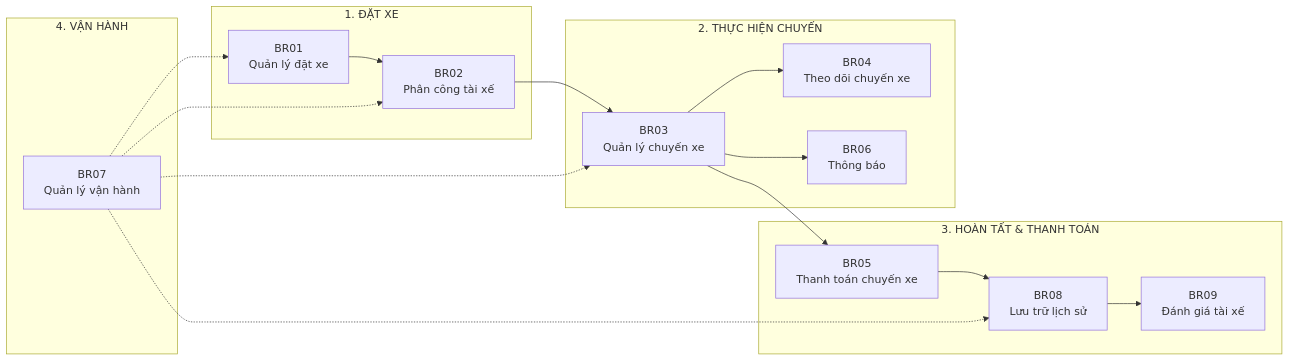
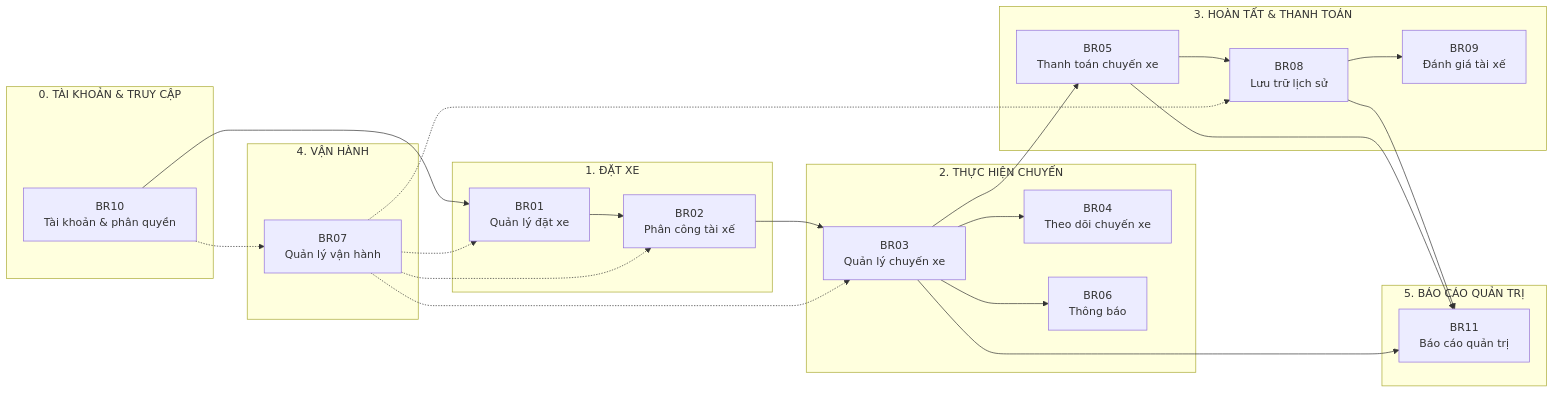
Before and after one commit to vthaix/23674231_TranVanThai_Cabsystem: the first of 4 diagrams in srs.md, drawn with Mermaid. The commit also changed other lines of this file, not shown here.

````diff
--- a/srs.md
+++ b/srs.md
@@ -105,36 +121,48 @@
 ```mermaid
 flowchart LR
+    subgraph Account["0. TÀI KHOẢN & TRUY CẬP"]
+        BR10["BR10<br/>Tài khoản & phân quyền"]
+    end
+
     subgraph Booking["1. ĐẶT XE"]
         BR01["BR01<br/>Quản lý đặt xe"]
         BR02["BR02<br/>Phân công tài xế"]
     end
 
     subgraph Trip["2. THỰC HIỆN CHUYẾN"]
         BR03["BR03<br/>Quản lý chuyến xe"]
         BR04["BR04<br/>Theo dõi chuyến xe"]
         BR06["BR06<br/>Thông báo"]
     end
 
     subgraph Payment["3. HOÀN TẤT & THANH TOÁN"]
         BR05["BR05<br/>Thanh toán chuyến xe"]
         BR08["BR08<br/>Lưu trữ lịch sử"]
         BR09["BR09<br/>Đánh giá tài xế"]
     end
 
     subgraph Operation["4. VẬN HÀNH"]
         BR07["BR07<br/>Quản lý vận hành"]
     end
 
+    subgraph Reporting["5. BÁO CÁO QUẢN TRỊ"]
+        BR11["BR11<br/>Báo cáo quản trị"]
+    end
+
+    BR10 --> BR01
     BR01 --> BR02
     BR02 --> BR03
     BR03 --> BR04
     BR03 --> BR06
     BR03 --> BR05
     BR05 --> BR08
     BR08 --> BR09
-
     BR07 -.-> BR01
     BR07 -.-> BR02
     BR07 -.-> BR03
     BR07 -.-> BR08
+    BR08 --> BR11
+    BR05 --> BR11
+    BR03 --> BR11
+    BR10 -.-> BR07
 ```
````
